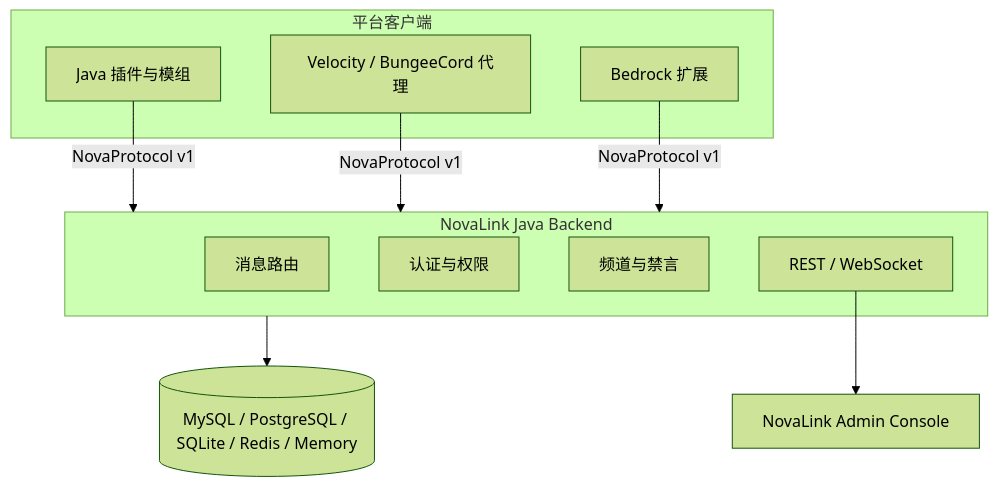
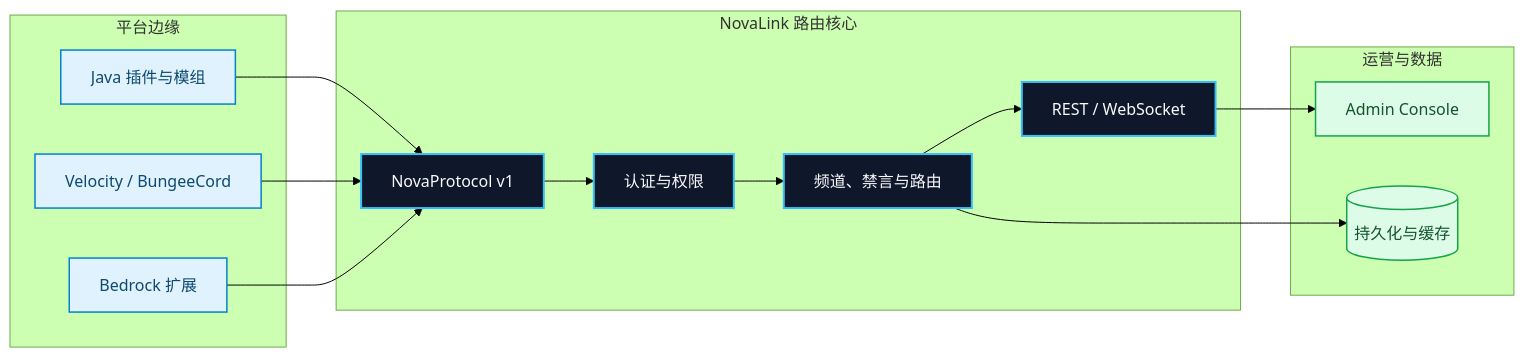
The diagram in README.md (XingLingQAQ/NovaLink), drawn with Mermaid (forest theme) before and after one commit. The commit also changed other lines of this file and 1 other file, not shown here.

````diff
--- a/README.md
+++ b/README.md
@@ -85,22 +44,34 @@
 ```mermaid
-flowchart TB
-    subgraph Clients[平台客户端]
+flowchart LR
+    subgraph Edge[平台边缘]
         J[Java 插件与模组]
-        P[Velocity / BungeeCord 代理]
+        P[Velocity / BungeeCord]
         B[Bedrock 扩展]
     end
 
-    J -->|NovaProtocol v1| N
-    P -->|NovaProtocol v1| N
-    B -->|NovaProtocol v1| N
-
-    subgraph N[NovaLink Java Backend]
-        R[消息路由]
+    subgraph Core[NovaLink 路由核心]
+        N[NovaProtocol v1]
         A[认证与权限]
-        C[频道与禁言]
-        API[REST / WebSocket]
+        C[频道、禁言与路由]
+        R[REST / WebSocket]
     end
 
-    N --> D[(MySQL / PostgreSQL / SQLite / Redis / Memory)]
-    API --> W[NovaLink Admin Console]
+    subgraph Operations[运营与数据]
+        W[Admin Console]
+        D[(持久化与缓存)]
+    end
+
+    J --> N
+    P --> N
+    B --> N
+    N --> A --> C
+    C --> D
+    C --> R --> W
+
+    classDef edge fill:#E0F2FE,stroke:#0284C7,color:#0C4A6E,stroke-width:1.5px;
+    classDef core fill:#0F172A,stroke:#38BDF8,color:#F8FAFC,stroke-width:2px;
+    classDef ops fill:#DCFCE7,stroke:#16A34A,color:#14532D,stroke-width:1.5px;
+    class J,P,B edge;
+    class N,A,C,R core;
+    class W,D ops;
 ```
````
